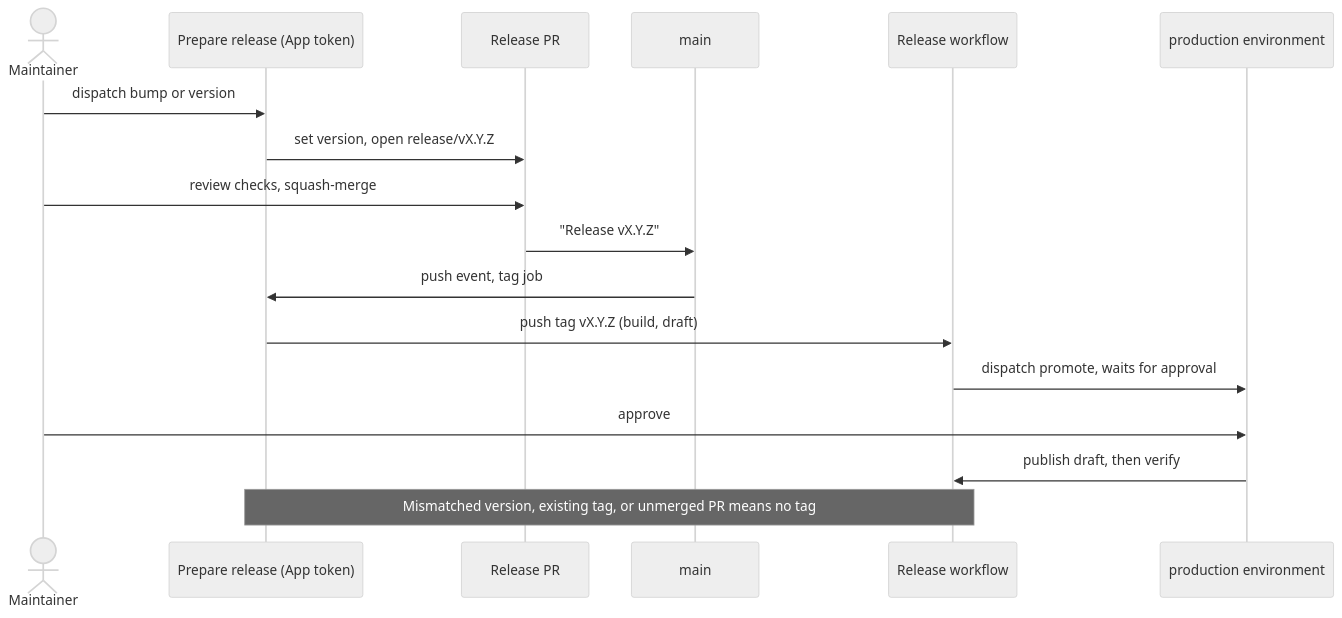
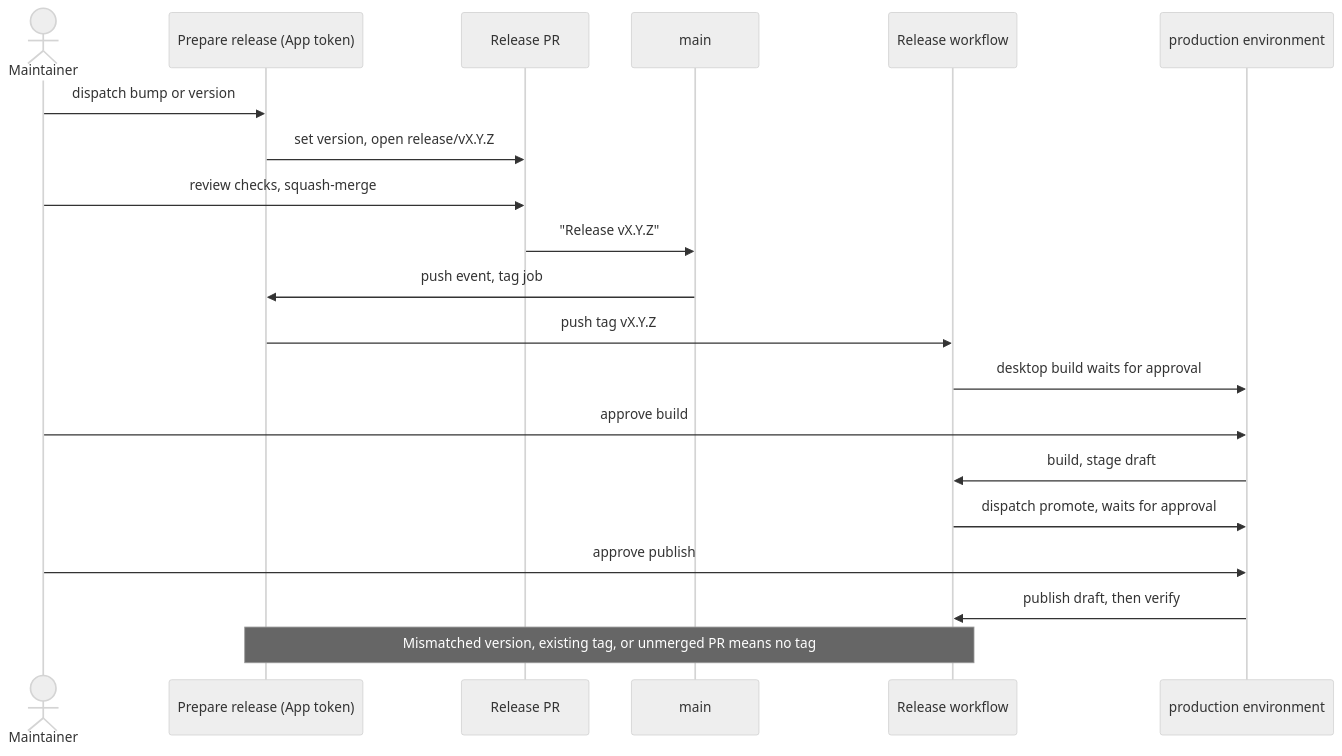
Before and after one commit to rahulsharmavishwakarma/vesper: the diagram in docs/ci-and-releases.md, drawn with Mermaid (neutral theme). The commit also changed other lines of this file and 1 other file, not shown here.

````diff
--- a/docs/ci-and-releases.md
+++ b/docs/ci-and-releases.md
@@ -650,19 +665,22 @@
 ```mermaid
 sequenceDiagram
     actor Maintainer
     participant Prep as Prepare release (App token)
     participant PR as Release PR
     participant Main as main
     participant Rel as Release workflow
     participant Prod as production environment
     Maintainer->>Prep: dispatch bump or version
     Prep->>PR: set version, open release/vX.Y.Z
     Maintainer->>PR: review checks, squash-merge
     PR->>Main: "Release vX.Y.Z"
     Main->>Prep: push event, tag job
-    Prep->>Rel: push tag vX.Y.Z (build, draft)
+    Prep->>Rel: push tag vX.Y.Z
+    Rel->>Prod: desktop build waits for approval
+    Maintainer->>Prod: approve build
+    Prod->>Rel: build, stage draft
     Rel->>Prod: dispatch promote, waits for approval
-    Maintainer->>Prod: approve
+    Maintainer->>Prod: approve publish
     Prod->>Rel: publish draft, then verify
     Note over Prep,Rel: Mismatched version, existing tag, or unmerged PR means no tag
 ```
````
